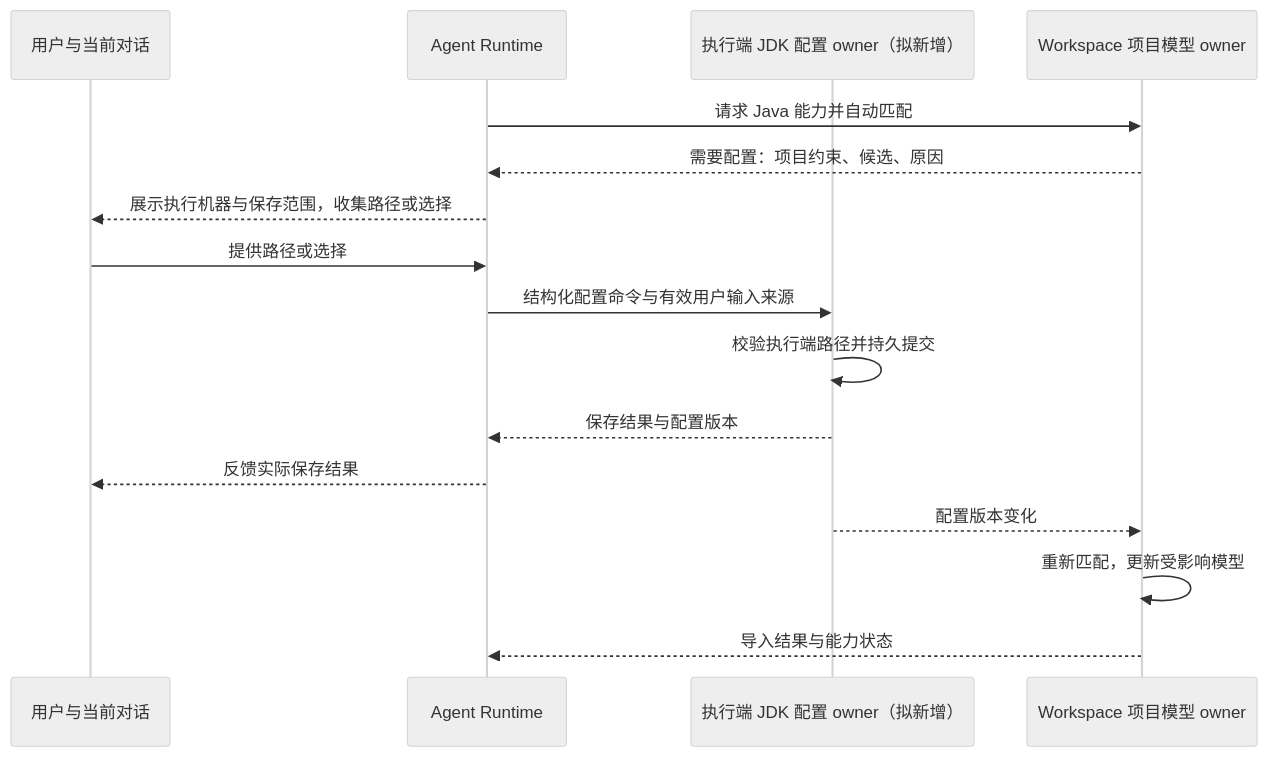
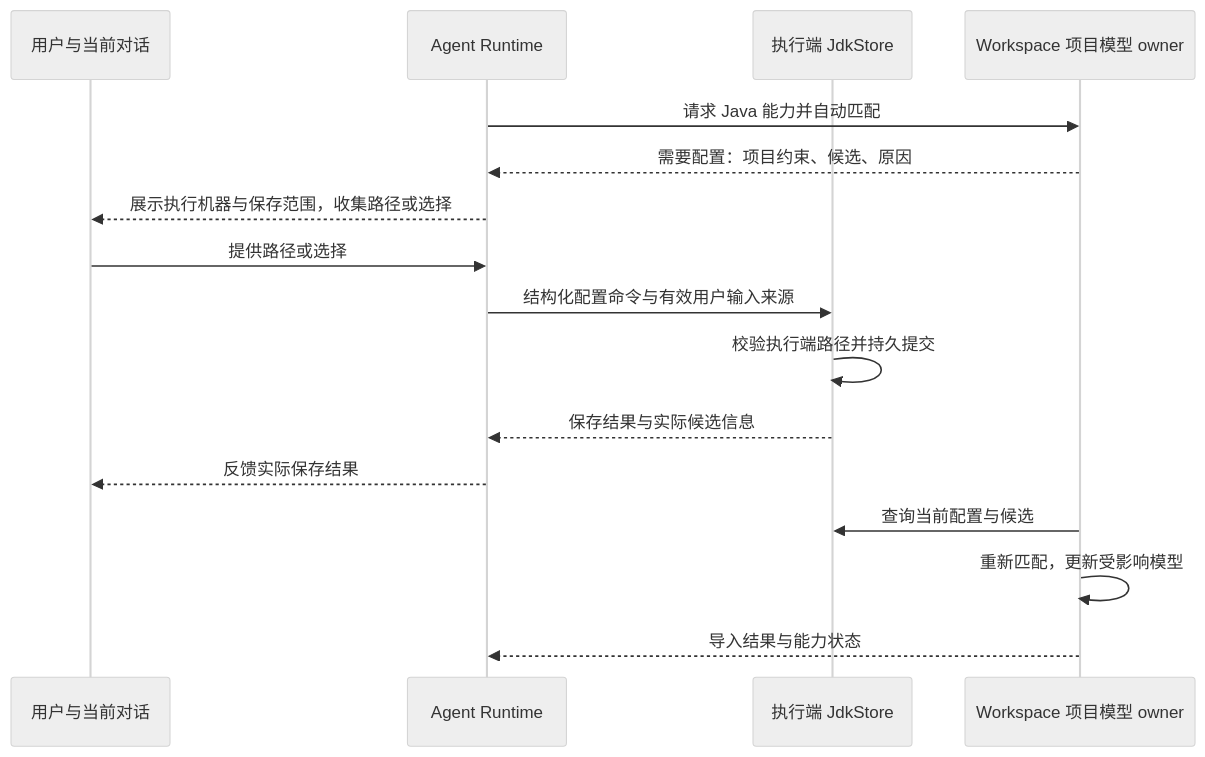
One commit to hammer2dev/mythic-harness changed the first of 2 diagrams in specs/agent-tool-optimization/java-lsp/SPEC.md. Above: the diagram before and after it, drawn with Mermaid (neutral theme). The commit also changed other lines of this file and 128 other files, not shown here.

````diff
--- a/specs/agent-tool-optimization/java-lsp/SPEC.md
+++ b/specs/agent-tool-optimization/java-lsp/SPEC.md
@@ -93,18 +97,18 @@
 ```mermaid
 sequenceDiagram
     participant U as 用户与当前对话
     participant R as Agent Runtime
-    participant C as 执行端 JDK 配置 owner（拟新增）
+    participant C as 执行端 JdkStore
     participant P as Workspace 项目模型 owner
     R->>P: 请求 Java 能力并自动匹配
     P-->>R: 需要配置：项目约束、候选、原因
     R-->>U: 展示执行机器与保存范围，收集路径或选择
     U->>R: 提供路径或选择
     R->>C: 结构化配置命令与有效用户输入来源
     C->>C: 校验执行端路径并持久提交
-    C-->>R: 保存结果与配置版本
+    C-->>R: 保存结果与实际候选信息
     R-->>U: 反馈实际保存结果
-    C-->>P: 配置版本变化
+    P->>C: 查询当前配置与候选
     P->>P: 重新匹配，更新受影响模型
     P-->>R: 导入结果与能力状态
 ```
````
